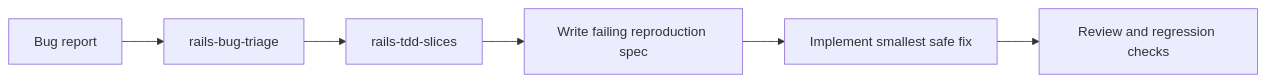
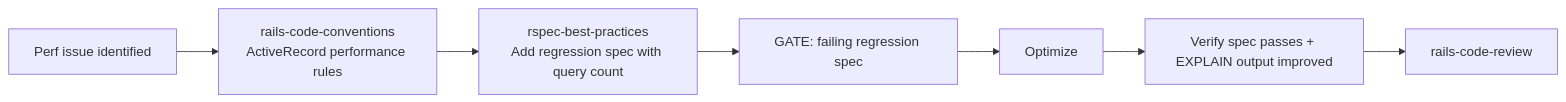
Before and after one commit to igmarin/my-RoR-personal-skills: the eighth of 15 diagrams in docs/workflow-guide.md, drawn with Mermaid. The commit also changed other lines of this file and 9 other files, not shown here.

First line of the commit message:
feat: TDD Feature Loop, GraphQL skill, review-response split, and new workflows (#10)

````diff
--- a/docs/workflow-guide.md
+++ b/docs/workflow-guide.md
@@ -174,8 +271,9 @@
 ```mermaid
 flowchart LR
-    A[Bug report] --> B[rails-bug-triage]
-    B --> C[rails-tdd-slices]
-    C --> D["Write failing reproduction spec"]
-    D --> E["Implement smallest safe fix"]
-    E --> F["Review and regression checks"]
+    A[Perf issue identified] --> B[rails-code-conventions\nActiveRecord performance rules]
+    B --> C[rspec-best-practices\nAdd regression spec with query count]
+    C --> D["GATE: failing regression spec"]
+    D --> E[Optimize]
+    E --> F["Verify spec passes + EXPLAIN output improved"]
+    F --> G[rails-code-review]
 ```
````
